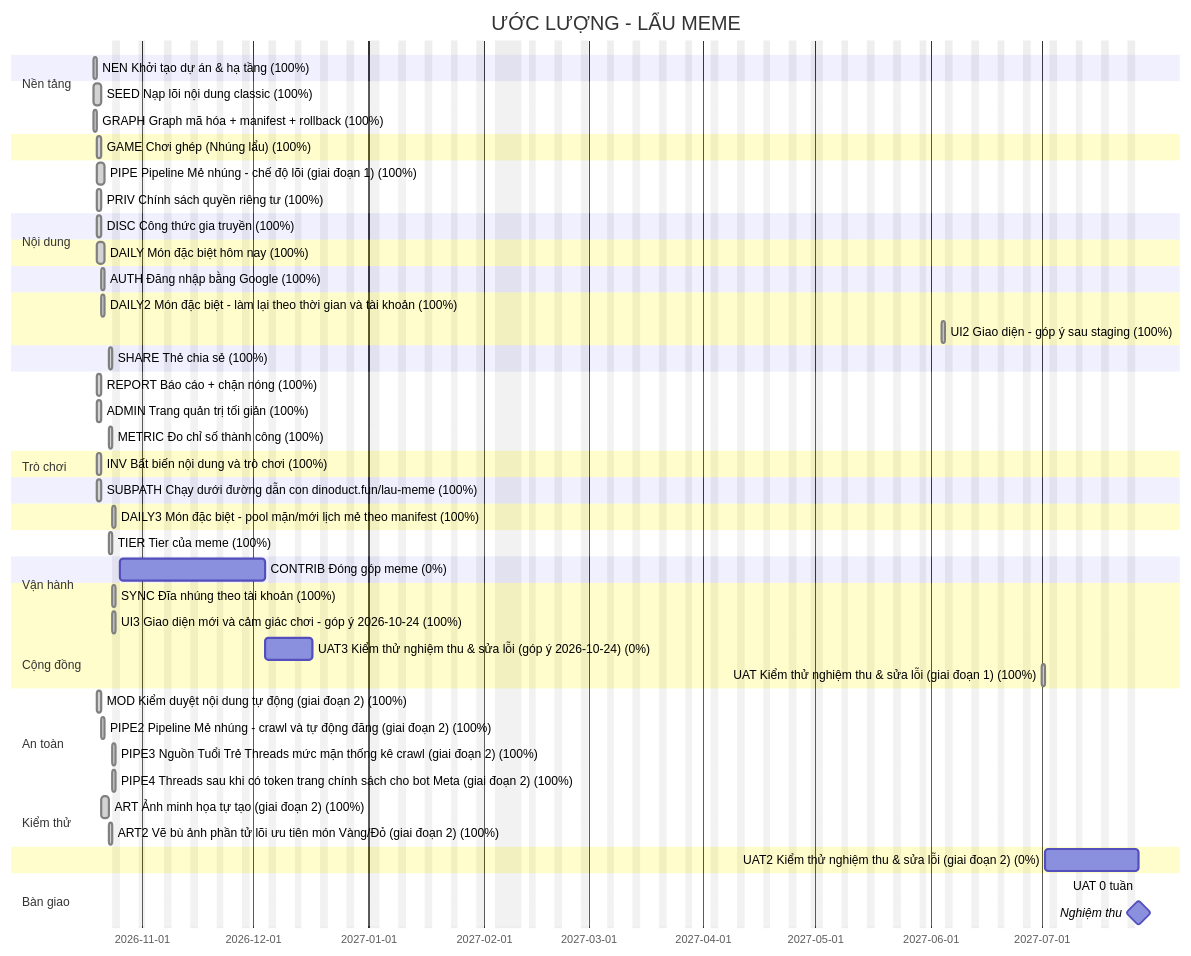
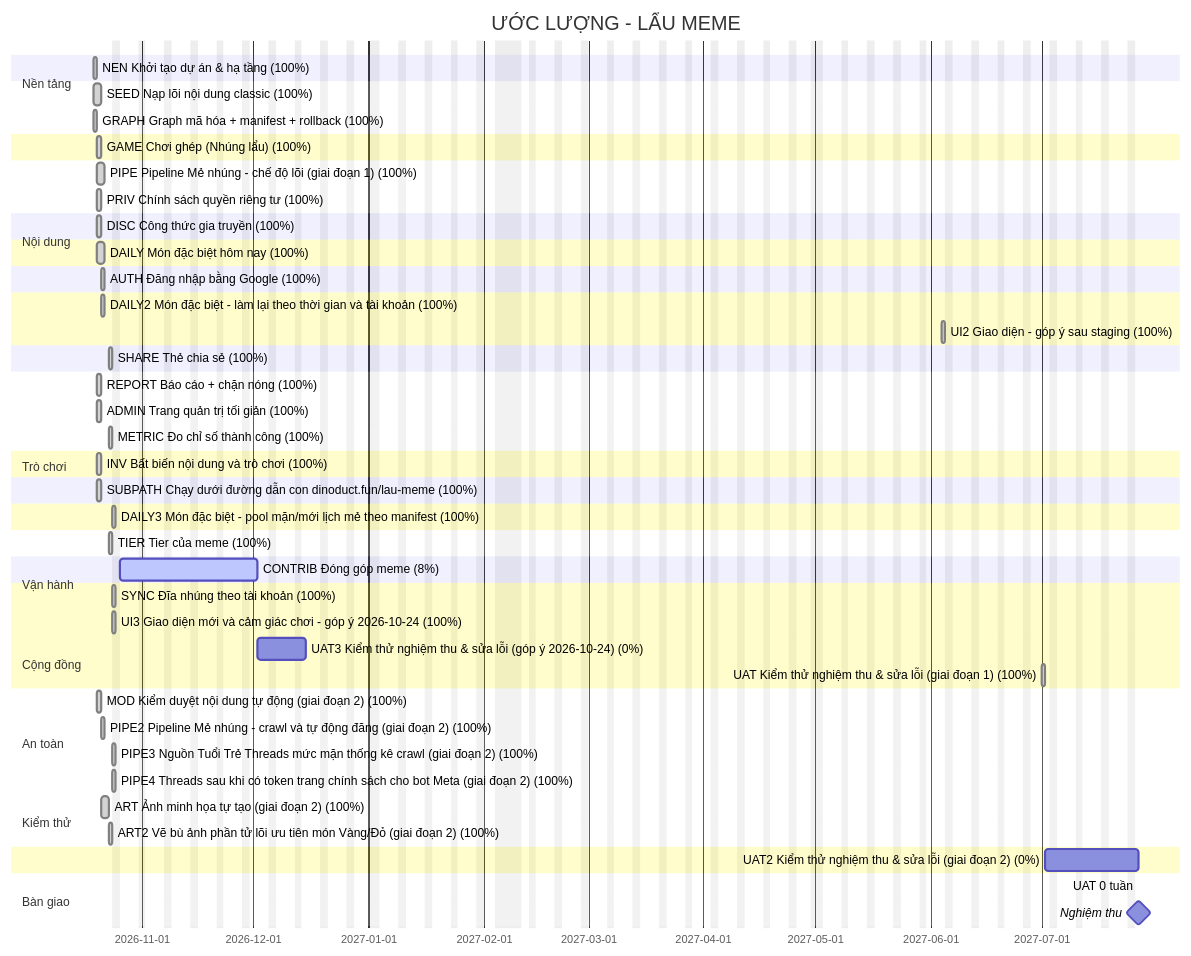
One commit to thucnq/lau-meme changed the diagram in docs/plan/gantt.md. Above: the diagram before and after it, drawn with Mermaid. The commit also changed other lines of this file and 9 other files, not shown here.

````diff
--- a/docs/plan/gantt.md
+++ b/docs/plan/gantt.md
@@ -5,62 +5,62 @@
 ```mermaid
 gantt
     title ƯỚC LƯỢNG - LẨU MEME
     dateFormat YYYY-MM-DD
     excludes weekends, 2027-01-01, 2027-02-04, 2027-02-05, 2027-02-06, 2027-02-07, 2027-02-08, 2027-02-09, 2027-02-10, 2027-04-30, 2027-05-01, 2027-09-02
     todayMarker stroke-width:2px,stroke:#d33
     section Nền tảng
     NEN Khởi tạo dự án & hạ tầng (100%) :done, NEN, 2026-10-19, 1d
     section Nội dung
     SEED Nạp lõi nội dung classic (100%) :done, SEED, 2026-10-19, 2d
     GRAPH Graph mã hóa + manifest + rollback (100%) :done, GRAPH, 2026-10-19, 1d
     section Trò chơi
     GAME Chơi ghép (Nhúng lẩu) (100%) :done, GAME, 2026-10-20, 1d
     section Nội dung
     PIPE Pipeline Mẻ nhúng - chế độ lõi (giai đoạn 1) (100%) :done, PIPE, 2026-10-20, 2d
     section Vận hành
     PRIV Chính sách quyền riêng tư (100%) :done, PRIV, 2026-10-20, 1d
     section Cộng đồng
     DISC Công thức gia truyền (100%) :done, DISC, 2026-10-20, 1d
     section Trò chơi
     DAILY Món đặc biệt hôm nay (100%) :done, DAILY, 2026-10-20, 2d
     section Cộng đồng
     AUTH Đăng nhập bằng Google (100%) :done, AUTH, 2026-10-21, 1d
     section Trò chơi
     DAILY2 Món đặc biệt - làm lại theo thời gian và tài khoản (100%) :done, DAILY2, 2026-10-21, 1d
     UI2 Giao diện - góp ý sau staging (100%) :done, UI2, 2027-06-04, 1d
     section Cộng đồng
     SHARE Thẻ chia sẻ (100%) :done, SHARE, 2026-10-23, 1d
     section An toàn
     REPORT Báo cáo + chặn nóng (100%) :done, REPORT, 2026-10-20, 1d
     ADMIN Trang quản trị tối giản (100%) :done, ADMIN, 2026-10-20, 1d
     section Vận hành
     METRIC Đo chỉ số thành công (100%) :done, METRIC, 2026-10-23, 1d
     section Kiểm thử
     INV Bất biến nội dung và trò chơi (100%) :done, INV, 2026-10-20, 1d
     section Nền tảng
     SUBPATH Chạy dưới đường dẫn con dinoduct.fun/lau-meme (100%) :done, SUBPATH, 2026-10-20, 1d
     section Trò chơi
     DAILY3 Món đặc biệt - pool mặn/mới  lịch mẻ theo manifest (100%) :done, DAILY3, 2026-10-24, 1d
     section Nội dung
     TIER Tier của meme (100%) :done, TIER, 2026-10-23, 1d
     section Cộng đồng
-    CONTRIB Đóng góp meme (0%) :CONTRIB, 2026-10-26, 29d
+    CONTRIB Đóng góp meme (8%) :active, CONTRIB, 2026-10-26, 27d
     section Trò chơi
     SYNC Đĩa nhúng theo tài khoản (100%) :done, SYNC, 2026-10-24, 1d
     UI3 Giao diện mới và cảm giác chơi - góp ý 2026-10-24 (100%) :done, UI3, 2026-10-24, 1d
     section Kiểm thử
-    UAT3 Kiểm thử nghiệm thu & sửa lỗi (góp ý 2026-10-24) (0%) :UAT3, 2026-12-04, 9d
+    UAT3 Kiểm thử nghiệm thu & sửa lỗi (góp ý 2026-10-24) (0%) :UAT3, 2026-12-02, 9d
     UAT Kiểm thử nghiệm thu & sửa lỗi (giai đoạn 1) (100%) :done, UAT, 2027-07-01, 1d
     section Nội dung
     MOD Kiểm duyệt nội dung tự động (giai đoạn 2) (100%) :done, MOD, 2026-10-20, 1d
     PIPE2 Pipeline Mẻ nhúng - crawl và tự động đăng (giai đoạn 2) (100%) :done, PIPE2, 2026-10-21, 1d
     PIPE3 Nguồn Tuổi Trẻ  Threads  mức mặn  thống kê crawl (giai đoạn 2) (100%) :done, PIPE3, 2026-10-24, 1d
     PIPE4 Threads sau khi có token  trang chính sách cho bot Meta (giai đoạn 2) (100%) :done, PIPE4, 2026-10-24, 1d
     ART Ảnh minh họa tự tạo (giai đoạn 2) (100%) :done, ART, 2026-10-21, 2d
     ART2 Vẽ bù ảnh phần tử lõi  ưu tiên món Vàng/Đỏ (giai đoạn 2) (100%) :done, ART2, 2026-10-23, 1d
     section Kiểm thử
     UAT2 Kiểm thử nghiệm thu & sửa lỗi (giai đoạn 2) (0%) :UAT2, 2027-07-02, 17d
     section Bàn giao
     UAT 0 tuần :uat, 2027-07-27, 0d
     Nghiệm thu :milestone, 2027-07-27, 0d
 ```
````
